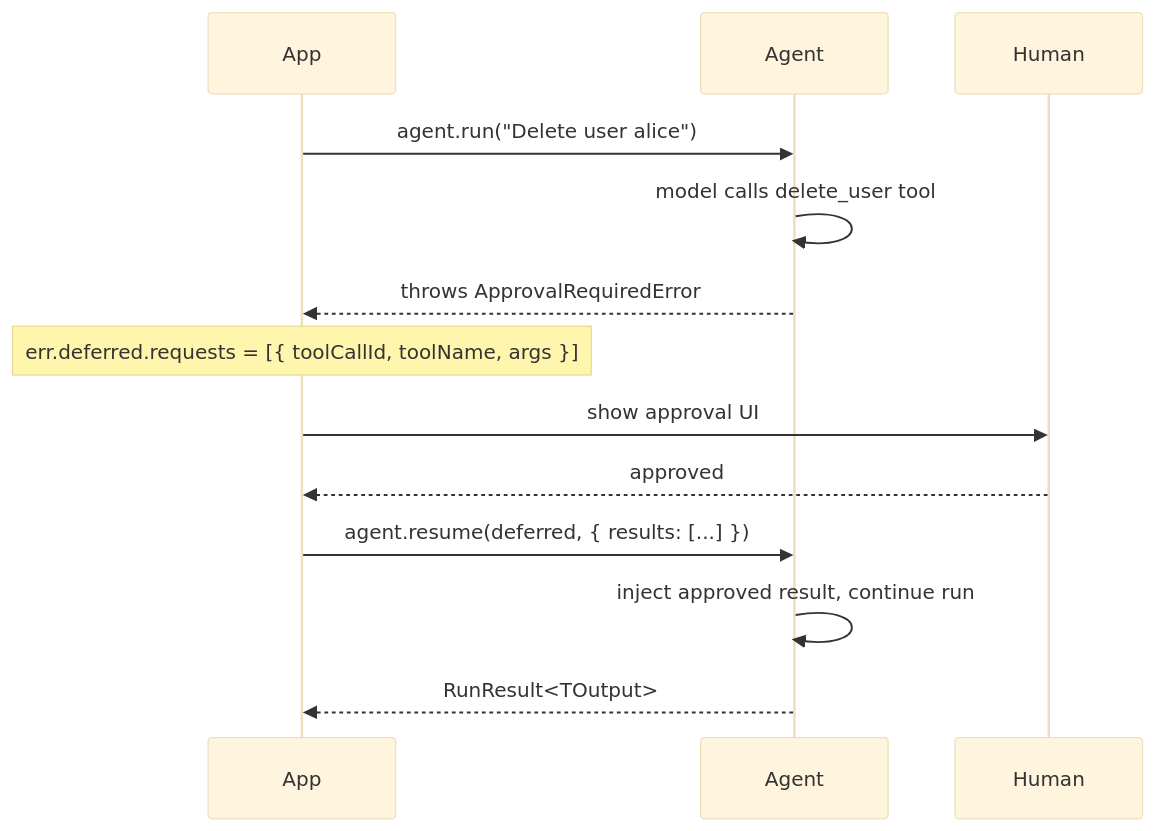
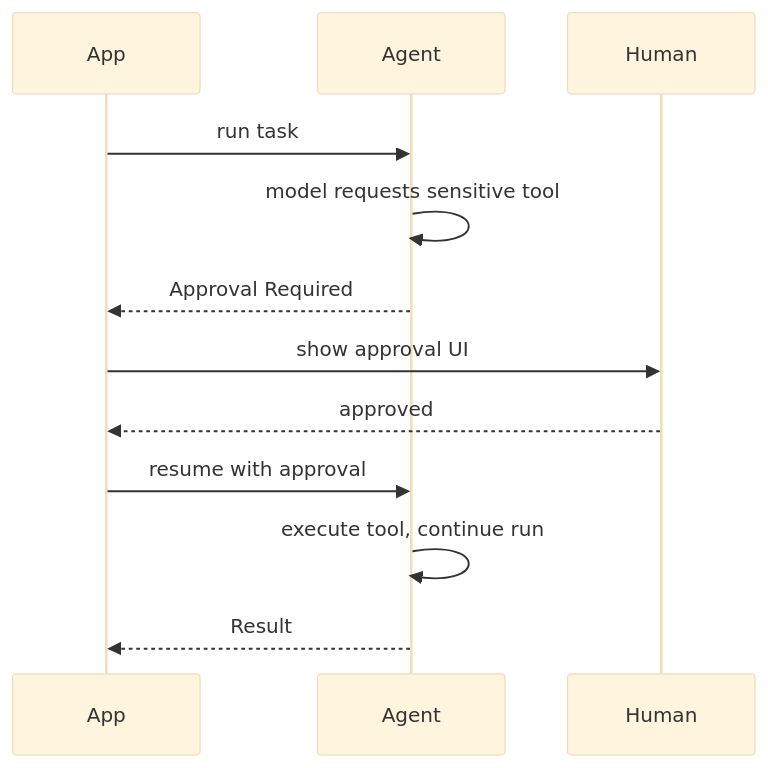
The diagram in packages/framework/docs/concepts/human-in-the-loop.mdx (a7ul/vibes), drawn with Mermaid (base theme) before and after one commit. The commit also changed 26 other files, not shown here.

````diff
--- a/packages/framework/docs/concepts/human-in-the-loop.mdx
+++ b/packages/framework/docs/concepts/human-in-the-loop.mdx
@@ -10,16 +10,15 @@
 ```mermaid
 sequenceDiagram
     participant App
     participant Agent
     participant Human
 
-    App->>Agent: agent.run("Delete user alice")
-    Agent->>Agent: model calls delete_user tool
-    Agent-->>App: throws ApprovalRequiredError
-    Note over App: err.deferred.requests = [{ toolCallId, toolName, args }]
+    App->>Agent: run task
+    Agent->>Agent: model requests sensitive tool
+    Agent-->>App: Approval Required
     App->>Human: show approval UI
     Human-->>App: approved
-    App->>Agent: agent.resume(deferred, { results: [...] })
-    Agent->>Agent: inject approved result, continue run
-    Agent-->>App: RunResult<TOutput>
+    App->>Agent: resume with approval
+    Agent->>Agent: execute tool, continue run
+    Agent-->>App: Result
 ```
````
